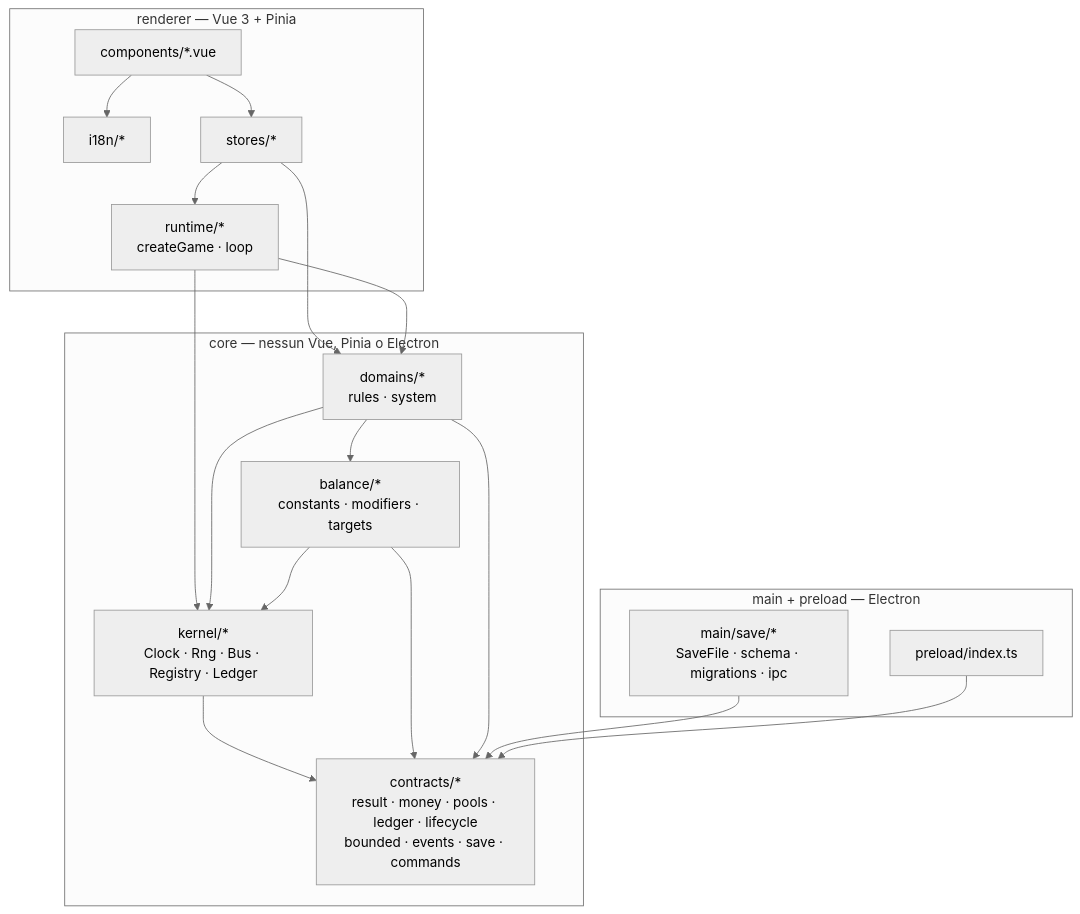
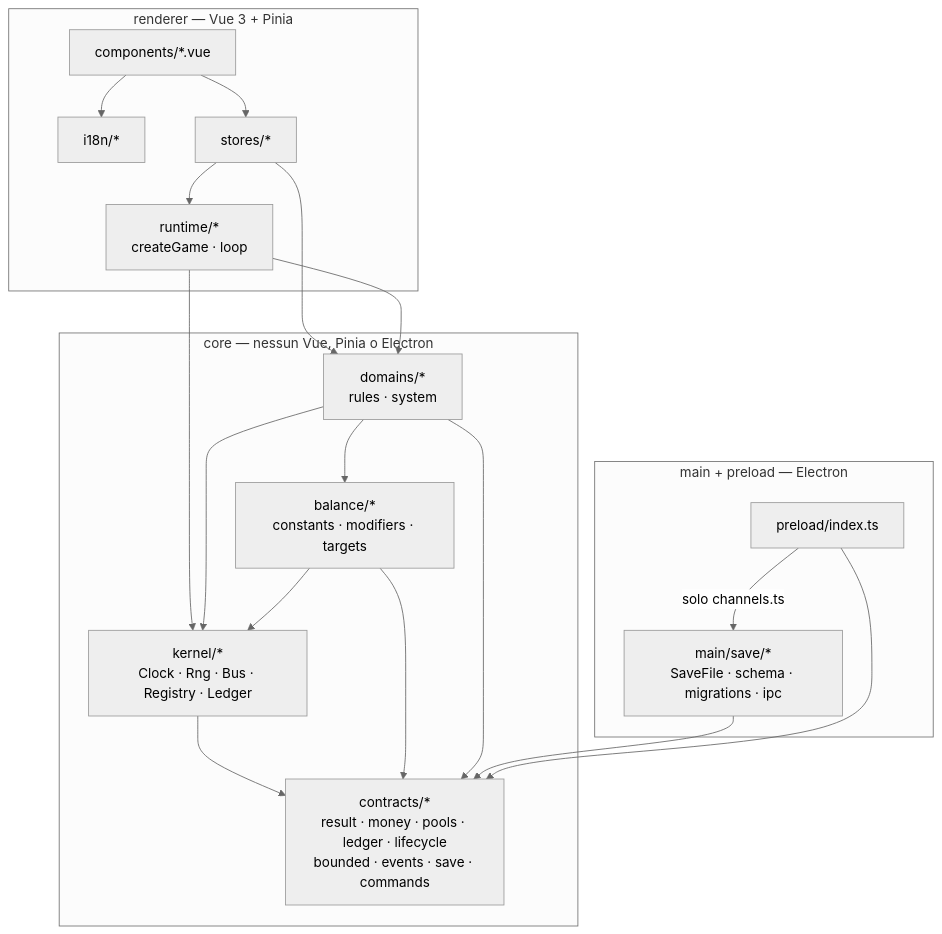
Before and after one commit to devfrx/solvent: the diagram in docs/architettura.md, drawn with Mermaid (neutral theme). The commit also changed other lines of this file, not shown here.

Commit message:
docs(D009): il diagramma disegna la freccia preload -> channels

````diff
--- a/docs/architettura.md
+++ b/docs/architettura.md
@@ -14,36 +14,37 @@
 ```mermaid
 flowchart TD
   subgraph MAIN["main + preload — Electron"]
     SAVE["main/save/*<br/>SaveFile · schema · migrations · ipc"]
     PRE["preload/index.ts"]
   end
 
   subgraph REND["renderer — Vue 3 + Pinia"]
     CMP["components/*.vue"]
     I18N["i18n/*"]
     ST["stores/*"]
     RT["runtime/*<br/>createGame · loop"]
   end
 
   subgraph CORE["core — nessun Vue, Pinia o Electron"]
     DOM["domains/*<br/>rules · system"]
     BAL["balance/*<br/>constants · modifiers · targets"]
     KER["kernel/*<br/>Clock · Rng · Bus · Registry · Ledger"]
     CON["contracts/*<br/>result · money · pools · ledger · lifecycle<br/>bounded · events · save · commands"]
   end
 
   CMP --> ST
   CMP --> I18N
   ST  --> RT
   ST  --> DOM
   RT  --> DOM
   RT  --> KER
   DOM --> BAL
   DOM --> KER
   BAL --> KER
   KER --> CON
   BAL --> CON
   DOM --> CON
   SAVE --> CON
   PRE --> CON
+  PRE -->|solo channels.ts| SAVE
 ```
````
